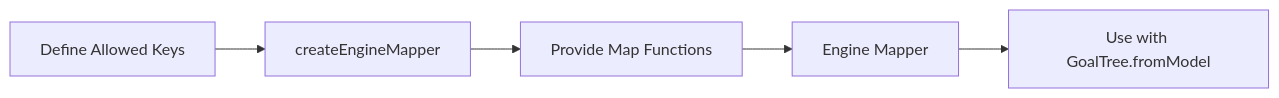
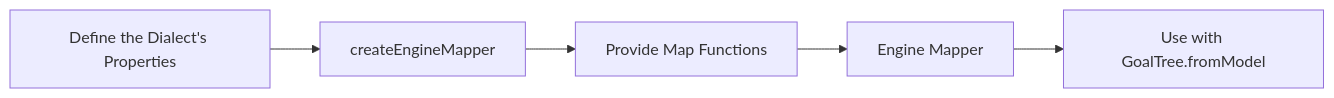
Before and after one commit to vieirin/goal-controller: the third of 4 diagrams in README.md, drawn with Mermaid. The commit also changed other lines of this file and 4 other files, not shown here.

````diff
--- a/README.md
+++ b/README.md
@@ -122,7 +122,7 @@
 ```mermaid
 flowchart LR
-    Keys[Define Allowed Keys] --> Factory[createEngineMapper]
+    Keys[Define the Dialect's Properties] --> Factory[createEngineMapper]
     Factory --> MapFns[Provide Map Functions]
     MapFns --> Mapper[Engine Mapper]
     Mapper --> GoalTree[Use with GoalTree.fromModel]
 ```
````
